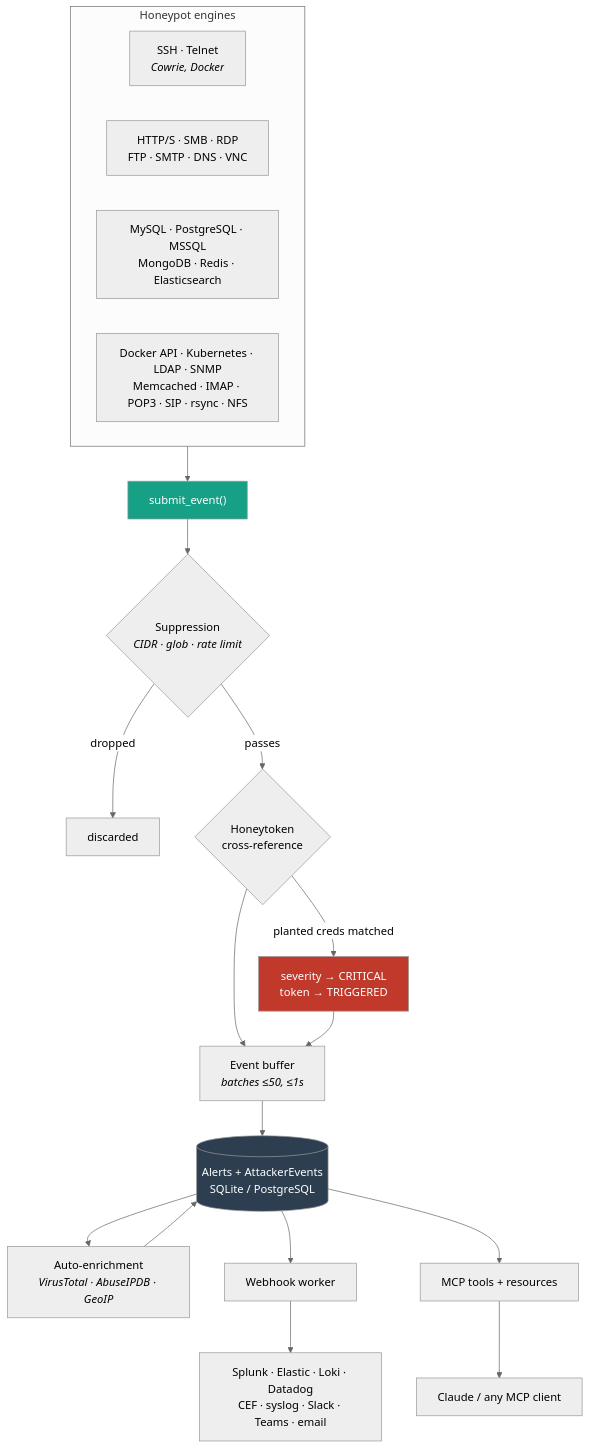
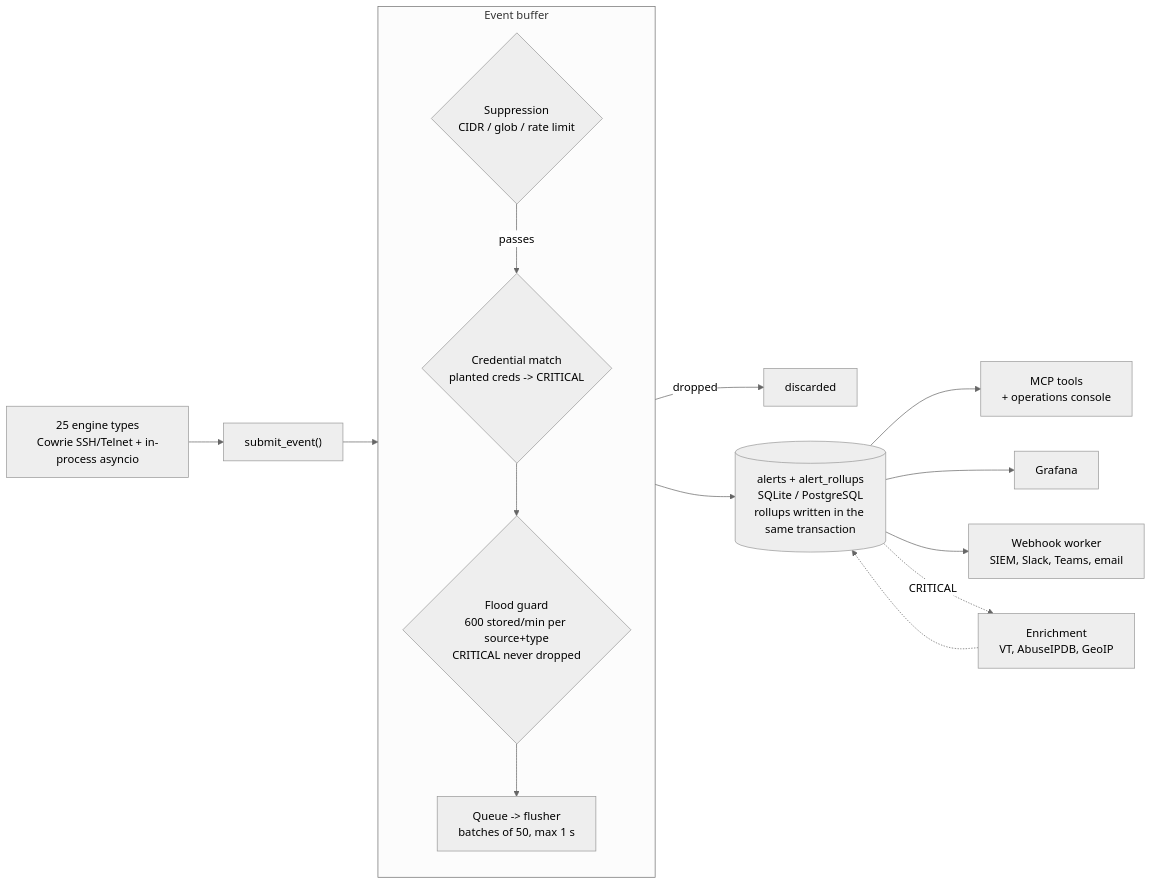
The diagram in README.md (tohudgins/HoneyPot-MCP), drawn with Mermaid (neutral theme) before and after one commit. The commit also changed other lines of this file and 10 other files, not shown here.

````diff
--- a/README.md
+++ b/README.md
@@ -88,29 +42,17 @@
 ```mermaid
-flowchart TD
-    subgraph E["Honeypot engines"]
-        direction LR
-        E1["SSH · Telnet<br/><i>Cowrie, Docker</i>"]
-        E2["HTTP/S · SMB · RDP<br/>FTP · SMTP · DNS · VNC"]
-        E3["MySQL · PostgreSQL · MSSQL<br/>MongoDB · Redis · Elasticsearch"]
-        E4["Docker API · Kubernetes · LDAP · SNMP<br/>Memcached · IMAP · POP3 · SIP · rsync · NFS"]
+flowchart LR
+    ENG["25 engine types<br/>Cowrie SSH/Telnet + in-process asyncio"] --> SUB["submit_event()"]
+    subgraph BUF["Event buffer"]
+        direction TB
+        SUP{"Suppression<br/>CIDR / glob / rate limit"} -->|passes| CM{"Credential match<br/>planted creds -> CRITICAL"}
+        CM --> FG{"Flood guard<br/>600 stored/min per source+type<br/>CRITICAL never dropped"}
+        FG --> Q["Queue -> flusher<br/>batches of 50, max 1 s"]
     end
-
-    E --> SUB["submit_event()"]
-    SUB --> SUP{"Suppression<br/><i>CIDR · glob · rate limit</i>"}
+    SUB --> SUP
     SUP -->|dropped| X["discarded"]
-    SUP -->|passes| CM{"Honeytoken<br/>cross-reference"}
-    CM -->|planted creds matched| CRIT["severity → CRITICAL<br/>token → TRIGGERED"]
-    CM --> BUF["Event buffer<br/><i>batches ≤50, ≤1s</i>"]
-    CRIT --> BUF
-    BUF --> DB[("Alerts + AttackerEvents<br/>SQLite / PostgreSQL")]
-    DB --> ENR["Auto-enrichment<br/><i>VirusTotal · AbuseIPDB · GeoIP</i>"]
-    ENR --> DB
-    DB --> WH["Webhook worker"]
-    WH --> SIEM["Splunk · Elastic · Loki · Datadog<br/>CEF · syslog · Slack · Teams · email"]
-    DB --> MCP["MCP tools + resources"]
-    MCP --> CLIENT["Claude / any MCP client"]
-
-    style CRIT fill:#c0392b,color:#fff
-    style DB fill:#2c3e50,color:#fff
-    style SUB fill:#16a085,color:#fff
+    Q --> DB[("alerts + alert_rollups<br/>SQLite / PostgreSQL<br/>rollups written in the same transaction")]
+    DB --> MCP["MCP tools<br/>+ operations console"]
+    DB --> GF["Grafana"]
+    DB --> WH["Webhook worker<br/>SIEM, Slack, Teams, email"]
+    DB -.->|CRITICAL| ENR["Enrichment<br/>VT, AbuseIPDB, GeoIP"] -.-> DB
 ```
````
